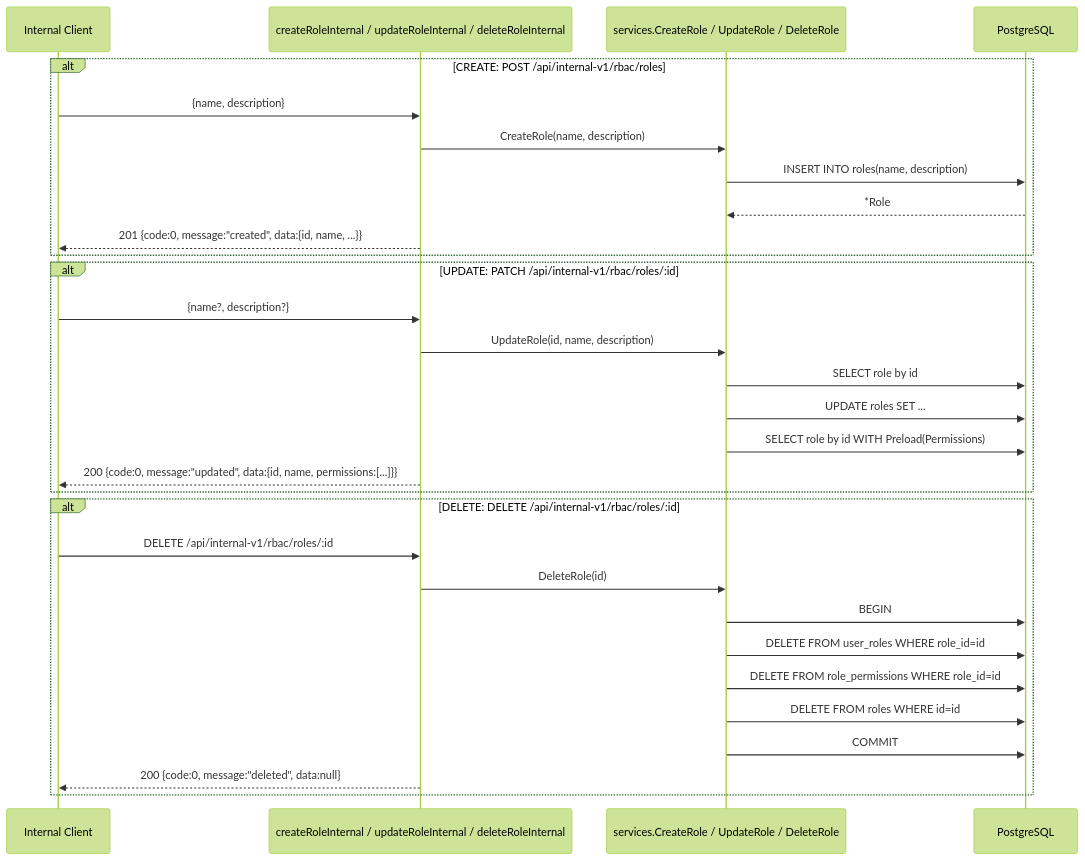
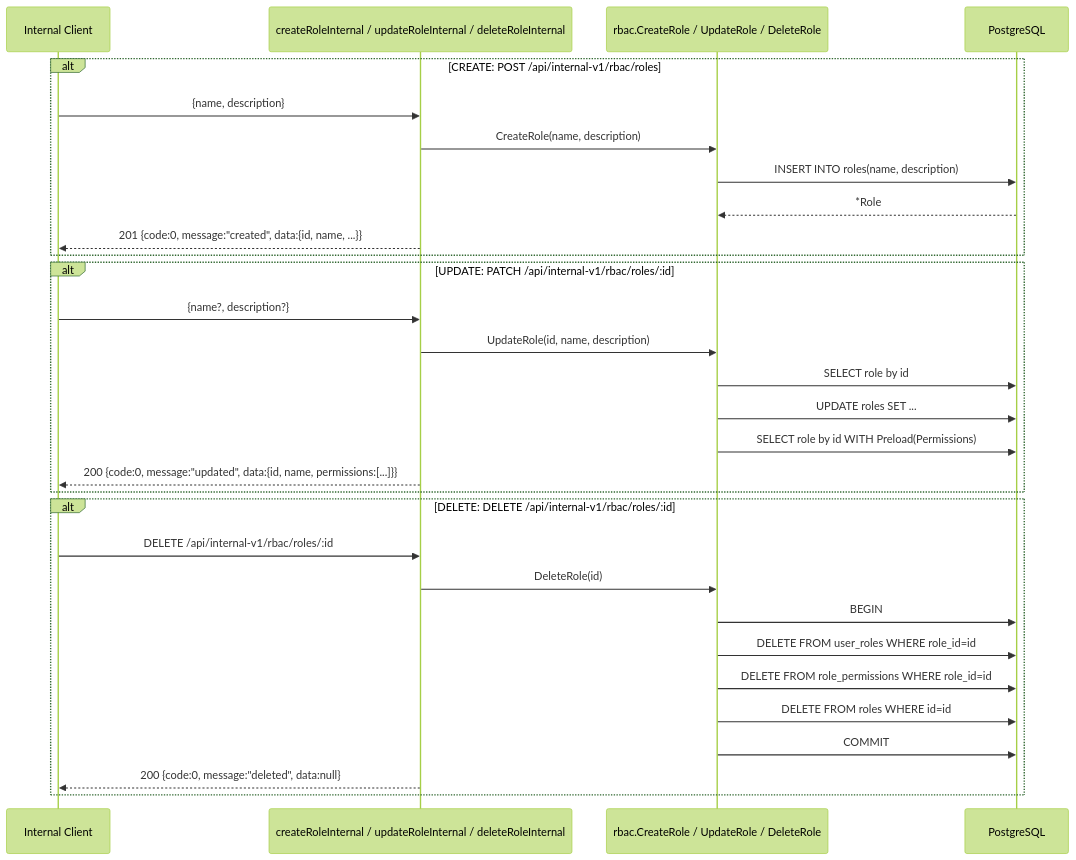
One commit to lkienkle11/be-mycourse changed diagram 16 of 23 in docs/sequence_diagrams.md. Above: the diagram before and after it, drawn with Mermaid (forest theme). The commit also changed other lines of this file and 19 other files, not shown here.

Commit message:
docs: align architecture and module docs with package refactor

````diff
--- a/docs/sequence_diagrams.md
+++ b/docs/sequence_diagrams.md
@@ -688,35 +688,35 @@
 ```mermaid
 sequenceDiagram
     participant C as Internal Client
     participant H as createRoleInternal / updateRoleInternal / deleteRoleInternal
-    participant SVC as services.CreateRole / UpdateRole / DeleteRole
+    participant SVC as rbac.CreateRole / UpdateRole / DeleteRole
     participant DB as PostgreSQL
 
     alt CREATE: POST /api/internal-v1/rbac/roles
         C->>H: {name, description}
         H->>SVC: CreateRole(name, description)
         SVC->>DB: INSERT INTO roles(name, description)
         DB-->>SVC: *Role
         H-->>C: 201 {code:0, message:"created", data:{id, name, ...}}
     end
 
     alt UPDATE: PATCH /api/internal-v1/rbac/roles/:id
         C->>H: {name?, description?}
         H->>SVC: UpdateRole(id, name, description)
         SVC->>DB: SELECT role by id
         SVC->>DB: UPDATE roles SET ...
         SVC->>DB: SELECT role by id WITH Preload(Permissions)
         H-->>C: 200 {code:0, message:"updated", data:{id, name, permissions:[...]}}
     end
 
     alt DELETE: DELETE /api/internal-v1/rbac/roles/:id
         C->>H: DELETE /api/internal-v1/rbac/roles/:id
         H->>SVC: DeleteRole(id)
         SVC->>DB: BEGIN
         SVC->>DB: DELETE FROM user_roles WHERE role_id=id
         SVC->>DB: DELETE FROM role_permissions WHERE role_id=id
         SVC->>DB: DELETE FROM roles WHERE id=id
         SVC->>DB: COMMIT
         H-->>C: 200 {code:0, message:"deleted", data:null}
     end
 ```
````
